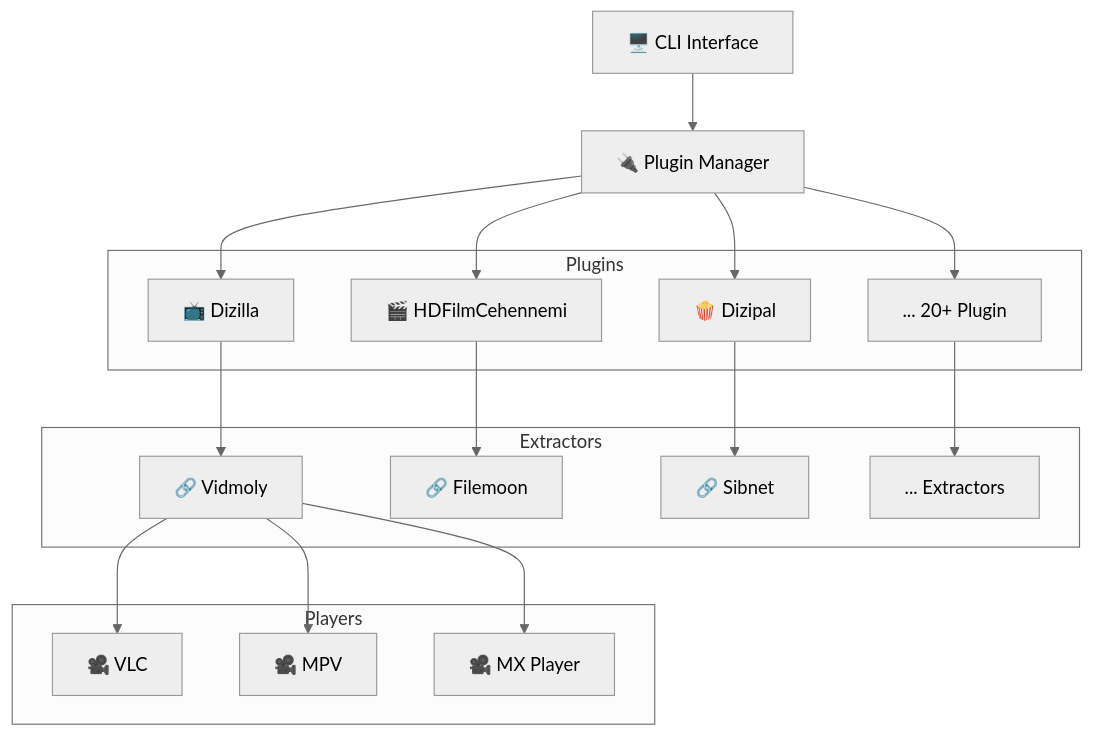
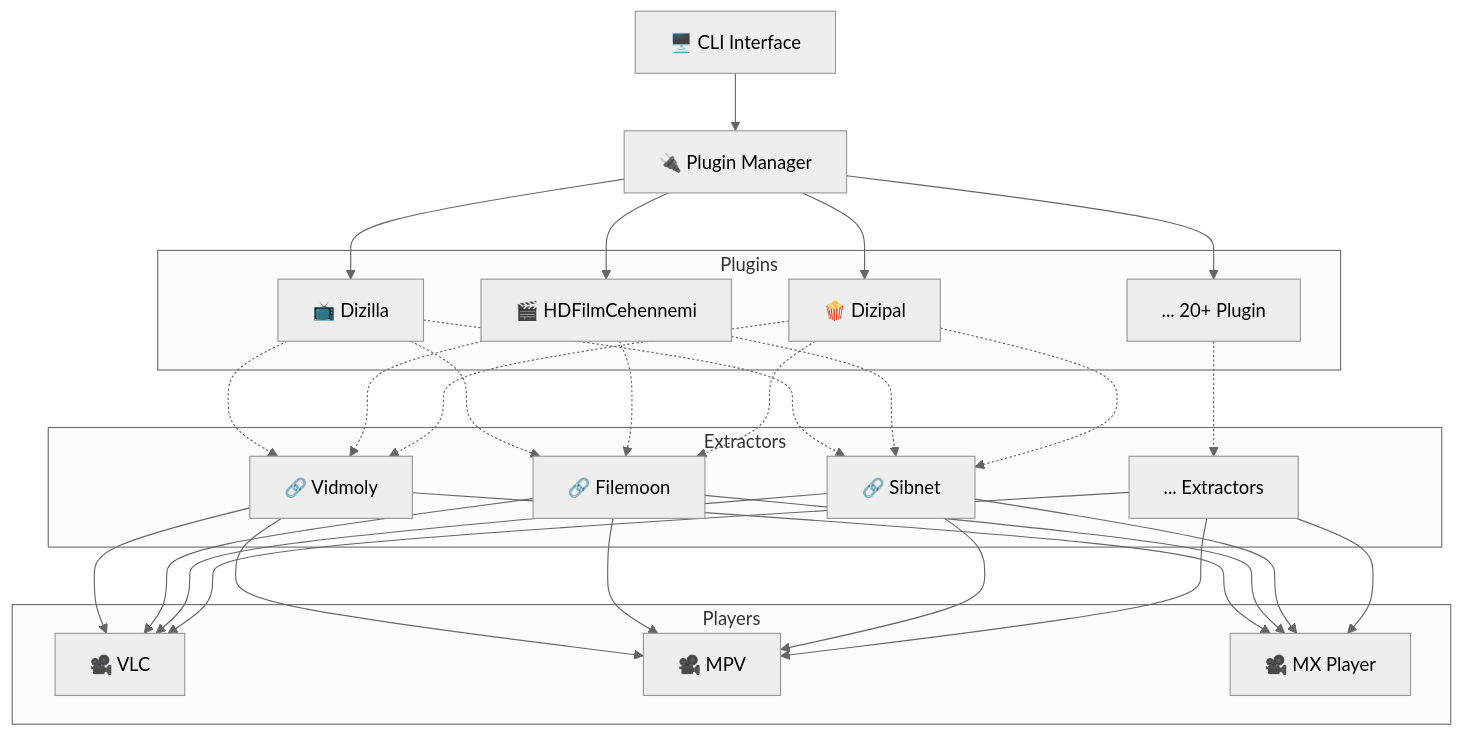
One commit to keyiflerolsun/KekikStream changed the diagram in README.md. Above: the diagram before and after it, drawn with Mermaid (neutral theme). The commit also changed 1 other file, not shown here.

````diff
--- a/README.md
+++ b/README.md
@@ -66,40 +66,61 @@
 ```mermaid
 graph TB
     CLI[🖥️ CLI Interface]
     Manager[🔌 Plugin Manager]
     
     subgraph Plugins
         P1[📺 Dizilla]
         P2[🎬 HDFilmCehennemi]
         P3[🍿 Dizipal]
         PN[... 20+ Plugin]
     end
     
     subgraph Extractors
         E1[🔗 Vidmoly]
         E2[🔗 Filemoon]
         E3[🔗 Sibnet]
         EN[... Extractors]
     end
     
     subgraph Players
         VLC[🎥 VLC]
         MPV[🎥 MPV]
         MX[🎥 MX Player]
     end
     
     CLI --> Manager
     Manager --> P1
     Manager --> P2
     Manager --> P3
     Manager --> PN
     
-    P1 --> E1
-    P2 --> E2
-    P3 --> E3
-    PN --> EN
+    %% Her plugin otomatik olarak ihtiyaç duyduğu extractor'ı kullanır
+    P1 -.-> E1
+    P1 -.-> E2
+    P1 -.-> E3
+    
+    P2 -.-> E1
+    P2 -.-> E2
+    P2 -.-> E3
+    
+    P3 -.-> E1
+    P3 -.-> E2
+    P3 -.-> E3
+    
+    PN -.-> EN
     
     E1 --> VLC
+    E2 --> VLC
+    E3 --> VLC
+    EN --> VLC
+    
     E1 --> MPV
+    E2 --> MPV
+    E3 --> MPV
+    EN --> MPV
+    
     E1 --> MX
+    E2 --> MX
+    E3 --> MX
+    EN --> MX
 ```
````
